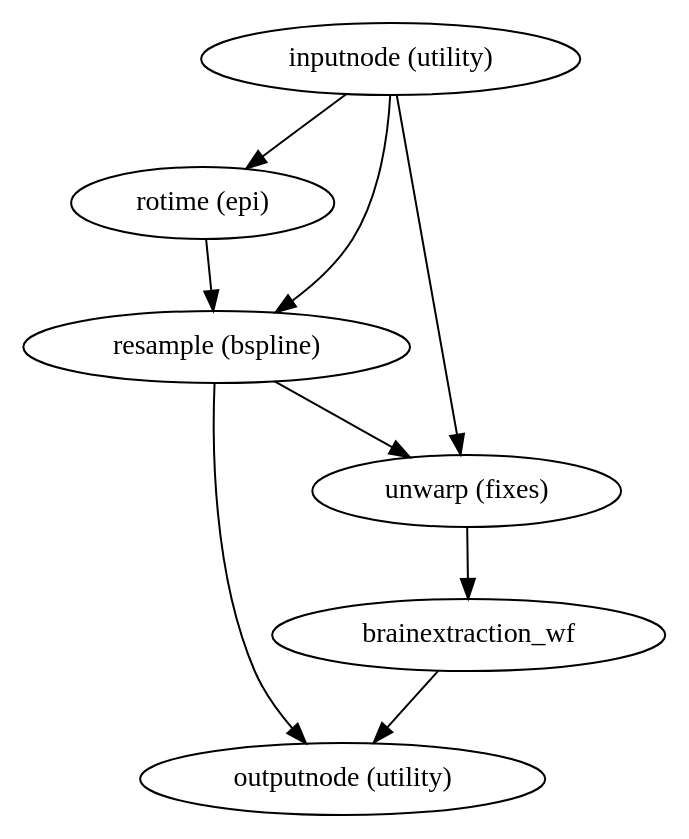
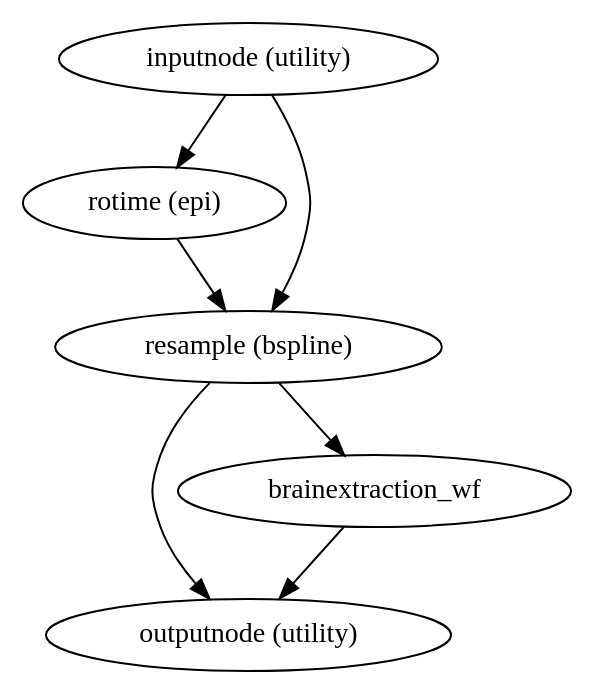
One commit to poldracklab/sdcflows changed the diagram in enh_outputnode-method/wf_directive/api/unwarp_wf/sdcflows-workflows-apply-correction-1.dot. Above: the diagram before and after it, drawn with Graphviz. The commit also changed 3166 other files, not shown here.

```diff
--- a/enh_outputnode-method/wf_directive/api/unwarp_wf/sdcflows-workflows-apply-correction-1.dot
+++ b/enh_outputnode-method/wf_directive/api/unwarp_wf/sdcflows-workflows-apply-correction-1.dot
@@ -1,16 +1,13 @@
 strict digraph  {
 "inputnode (utility)";
 "rotime (epi)";
 "resample (bspline)";
-"unwarp (fixes)";
 "outputnode (utility)";
 brainextraction_wf;
 "inputnode (utility)" -> "rotime (epi)";
 "inputnode (utility)" -> "resample (bspline)";
-"inputnode (utility)" -> "unwarp (fixes)";
 "rotime (epi)" -> "resample (bspline)";
-"resample (bspline)" -> "unwarp (fixes)";
 "resample (bspline)" -> "outputnode (utility)";
-"unwarp (fixes)" -> brainextraction_wf;
+"resample (bspline)" -> brainextraction_wf;
 brainextraction_wf -> "outputnode (utility)";
 }
```
